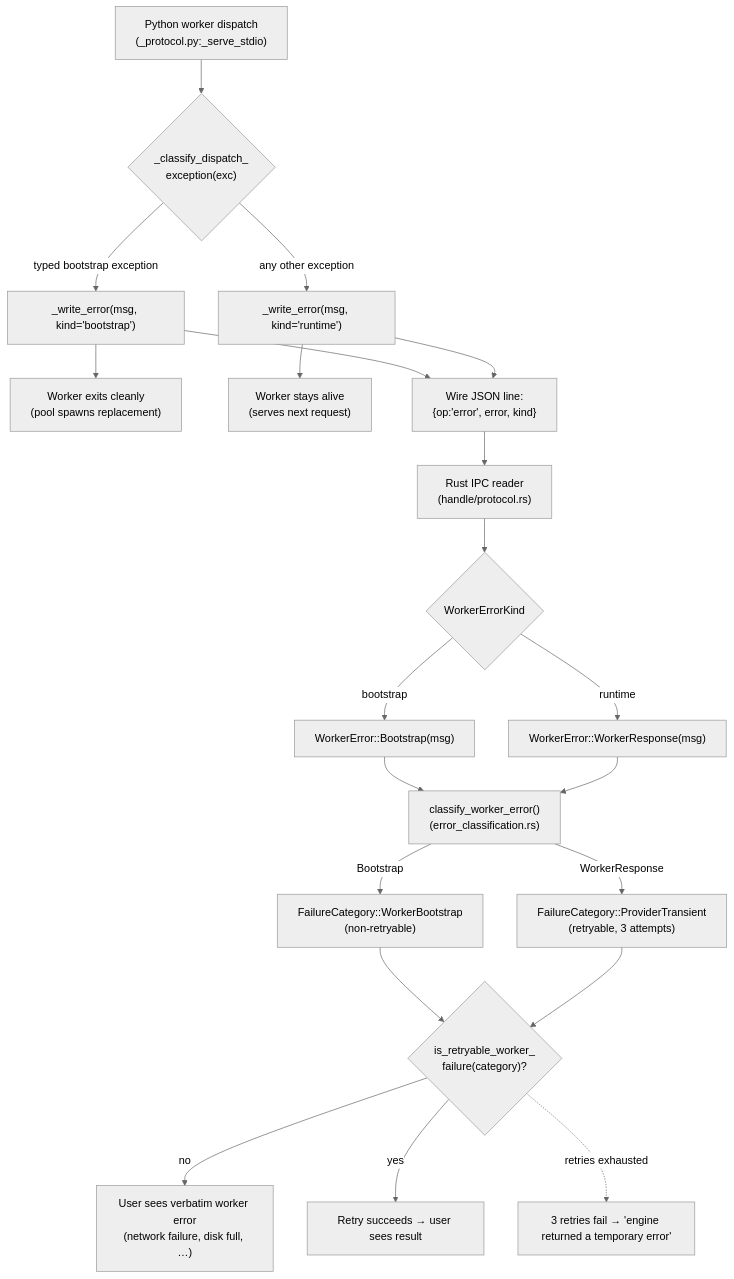
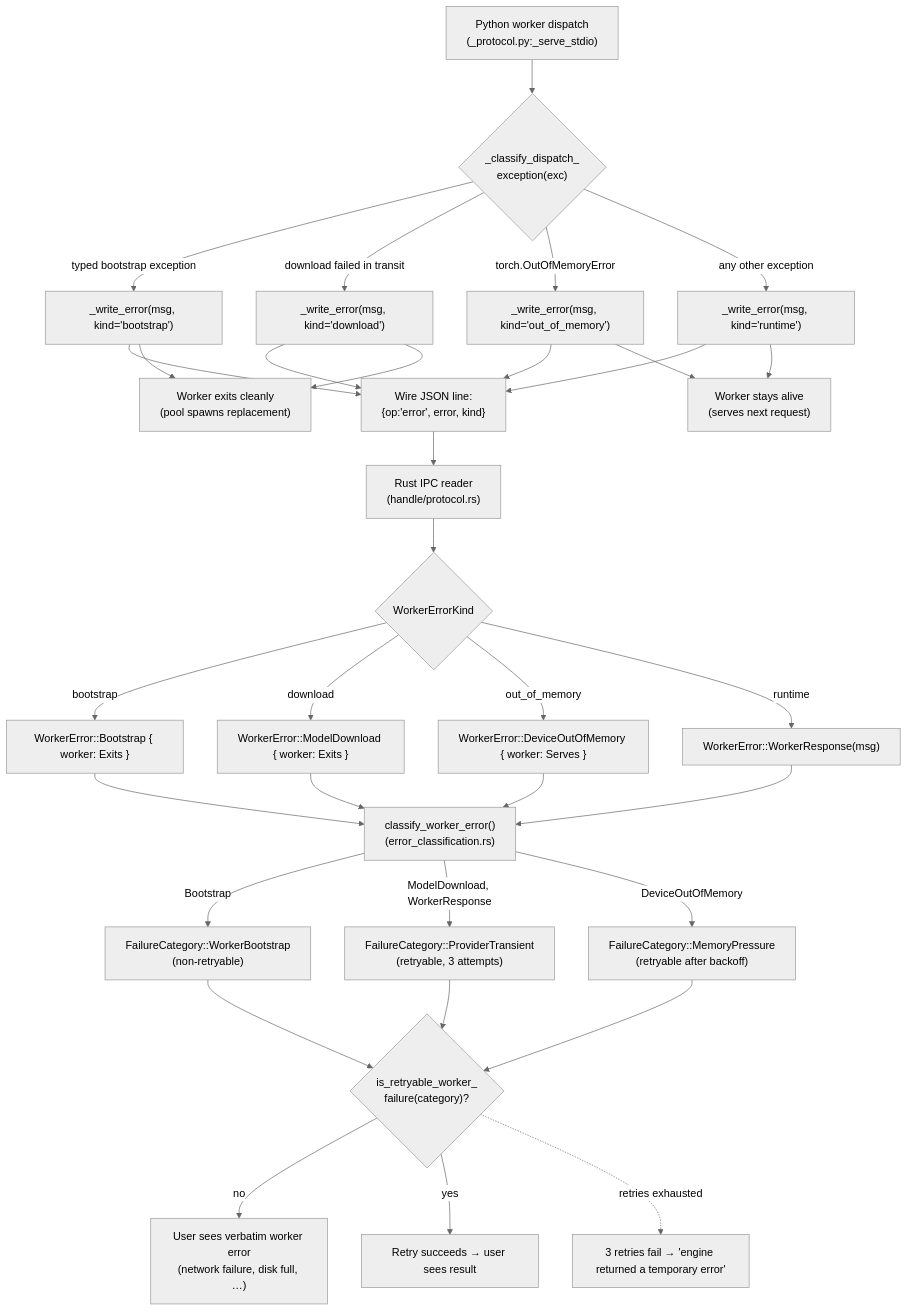
The first of 2 diagrams in book/src/batchalign/architecture/worker-failure-classification.md (FranklinChen/talkbank-tools), drawn with Mermaid (neutral theme) before and after one commit. The commit also changed other lines of this file and 381 other files, not shown here.

````diff
--- a/book/src/batchalign/architecture/worker-failure-classification.md
+++ b/book/src/batchalign/architecture/worker-failure-classification.md
@@ -34,42 +34,59 @@
 ```mermaid
 flowchart TD
     py["Python worker dispatch<br/>(_protocol.py:_serve_stdio)"]
     classifyExc{"_classify_dispatch_<br/>exception(exc)"}
     emit_b["_write_error(msg, kind='bootstrap')"]
+    emit_d["_write_error(msg, kind='download')"]
+    emit_o["_write_error(msg, kind='out_of_memory')"]
     emit_r["_write_error(msg, kind='runtime')"]
     exit_b["Worker exits cleanly<br/>(pool spawns replacement)"]
     keepalive["Worker stays alive<br/>(serves next request)"]
     wire["Wire JSON line:<br/>{op:'error', error, kind}"]
     rust["Rust IPC reader<br/>(handle/protocol.rs)"]
     kind{"WorkerErrorKind"}
-    we_b["WorkerError::Bootstrap(msg)"]
+    we_b["WorkerError::Bootstrap { worker: Exits }"]
+    we_d["WorkerError::ModelDownload { worker: Exits }"]
+    we_o["WorkerError::DeviceOutOfMemory { worker: Serves }"]
     we_r["WorkerError::WorkerResponse(msg)"]
     classifyRust["classify_worker_error()<br/>(error_classification.rs)"]
     cat_b["FailureCategory::WorkerBootstrap<br/>(non-retryable)"]
     cat_r["FailureCategory::ProviderTransient<br/>(retryable, 3 attempts)"]
+    cat_o["FailureCategory::MemoryPressure<br/>(retryable after backoff)"]
     retry{"is_retryable_worker_<br/>failure(category)?"}
     user_b["User sees verbatim worker error<br/>(network failure, disk full, …)"]
     user_r_ok["Retry succeeds → user sees result"]
     user_r_fail["3 retries fail → 'engine returned a temporary error'"]
 
     py --> classifyExc
     classifyExc -->|"typed bootstrap exception"| emit_b
+    classifyExc -->|"download failed in transit"| emit_d
+    classifyExc -->|"torch.OutOfMemoryError"| emit_o
     classifyExc -->|"any other exception"| emit_r
     emit_b --> wire
+    emit_d --> wire
+    emit_o --> wire
     emit_r --> wire
     emit_b --> exit_b
+    emit_d --> exit_b
+    emit_o --> keepalive
     emit_r --> keepalive
     wire --> rust
     rust --> kind
     kind -->|"bootstrap"| we_b
+    kind -->|"download"| we_d
+    kind -->|"out_of_memory"| we_o
     kind -->|"runtime"| we_r
     we_b --> classifyRust
+    we_d --> classifyRust
+    we_o --> classifyRust
     we_r --> classifyRust
     classifyRust -->|"Bootstrap"| cat_b
-    classifyRust -->|"WorkerResponse"| cat_r
+    classifyRust -->|"ModelDownload, WorkerResponse"| cat_r
+    classifyRust -->|"DeviceOutOfMemory"| cat_o
     cat_b --> retry
     cat_r --> retry
+    cat_o --> retry
     retry -->|"no"| user_b
     retry -->|"yes"| user_r_ok
     retry -.->|"retries exhausted"| user_r_fail
 ```
````
